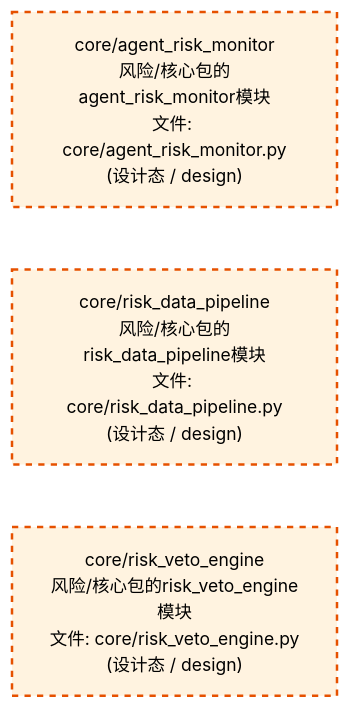
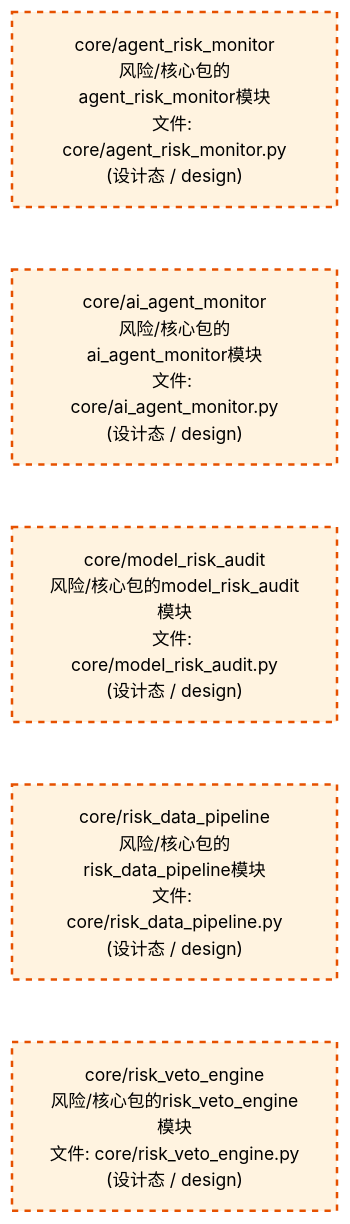
One commit to xuanFelixVan/ZephyrAlpha changed the third of 4 diagrams in docs/02_enterprise_architecture/02_domain_architecture_docs/65_d_risk.md. Above: the diagram before and after it, drawn with Mermaid. The commit also changed other lines of this file and 11 other files, not shown here.

````diff
--- a/docs/02_enterprise_architecture/02_domain_architecture_docs/65_d_risk.md
+++ b/docs/02_enterprise_architecture/02_domain_architecture_docs/65_d_risk.md
@@ -330,14 +334,18 @@
 ```mermaid
 %%{init: {'theme': 'base', 'themeVariables': {'primaryColor': '#eaeaea', 'primaryTextColor': '#333333', 'primaryBorderColor': '#666666', 'lineColor': '#666666', 'secondaryColor': '#eaeaea', 'tertiaryColor': '#eaeaea', 'fontSize': '14px'}}}%%
 flowchart TD
     src_zephyr_risk_core_agent_risk_monitor_py["core/agent_risk_monitor<br/>风险/核心包的agent_risk_monitor模块<br/>文件: core/agent_risk_monitor.py<br/>(设计态 / design)"]
+    src_zephyr_risk_core_ai_agent_monitor_py["core/ai_agent_monitor<br/>风险/核心包的ai_agent_monitor模块<br/>文件: core/ai_agent_monitor.py<br/>(设计态 / design)"]
+    src_zephyr_risk_core_model_risk_audit_py["core/model_risk_audit<br/>风险/核心包的model_risk_audit模块<br/>文件: core/model_risk_audit.py<br/>(设计态 / design)"]
     src_zephyr_risk_core_risk_data_pipeline_py["core/risk_data_pipeline<br/>风险/核心包的risk_data_pipeline模块<br/>文件: core/risk_data_pipeline.py<br/>(设计态 / design)"]
     src_zephyr_risk_core_risk_veto_engine_py["core/risk_veto_engine<br/>风险/核心包的risk_veto_engine模块<br/>文件: core/risk_veto_engine.py<br/>(设计态 / design)"]
-    src_zephyr_risk_core_agent_risk_monitor_py ~~~ src_zephyr_risk_core_risk_data_pipeline_py
+    src_zephyr_risk_core_agent_risk_monitor_py ~~~ src_zephyr_risk_core_ai_agent_monitor_py
+    src_zephyr_risk_core_ai_agent_monitor_py ~~~ src_zephyr_risk_core_model_risk_audit_py
+    src_zephyr_risk_core_model_risk_audit_py ~~~ src_zephyr_risk_core_risk_data_pipeline_py
     src_zephyr_risk_core_risk_data_pipeline_py ~~~ src_zephyr_risk_core_risk_veto_engine_py
     classDef production fill:#e1f5fe,stroke:#01579b,stroke-width:2px,color:#000
     classDef design fill:#fff3e0,stroke:#e65100,stroke-width:2px,color:#000,stroke-dasharray: 5 5
     classDef external_prod fill:#e8f4fd,stroke:#0277bd,stroke-width:1px,color:#000
     classDef external_design fill:#fff8e7,stroke:#ef6c00,stroke-width:1px,color:#000,stroke-dasharray: 5 5
-    class src_zephyr_risk_core_agent_risk_monitor_py,src_zephyr_risk_core_risk_data_pipeline_py,src_zephyr_risk_core_risk_veto_engine_py design
+    class src_zephyr_risk_core_agent_risk_monitor_py,src_zephyr_risk_core_ai_agent_monitor_py,src_zephyr_risk_core_model_risk_audit_py,src_zephyr_risk_core_risk_data_pipeline_py,src_zephyr_risk_core_risk_veto_engine_py design
 ```
````
